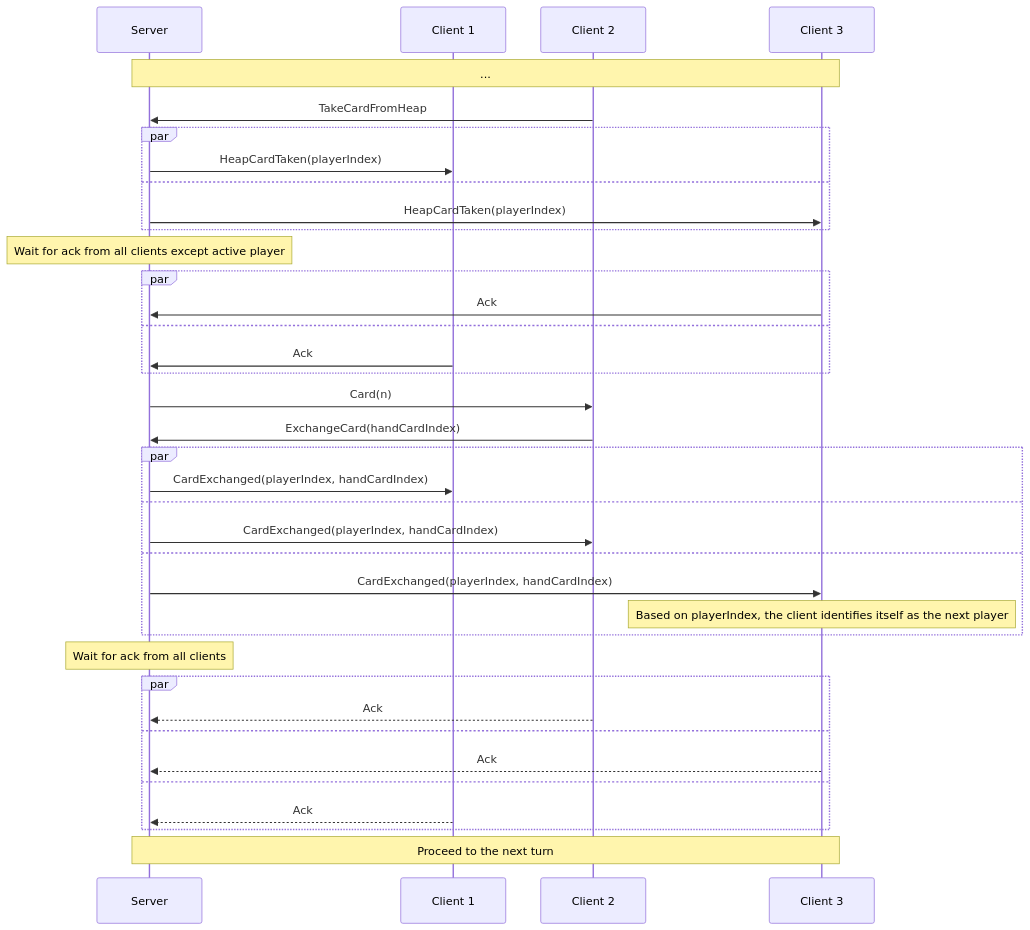
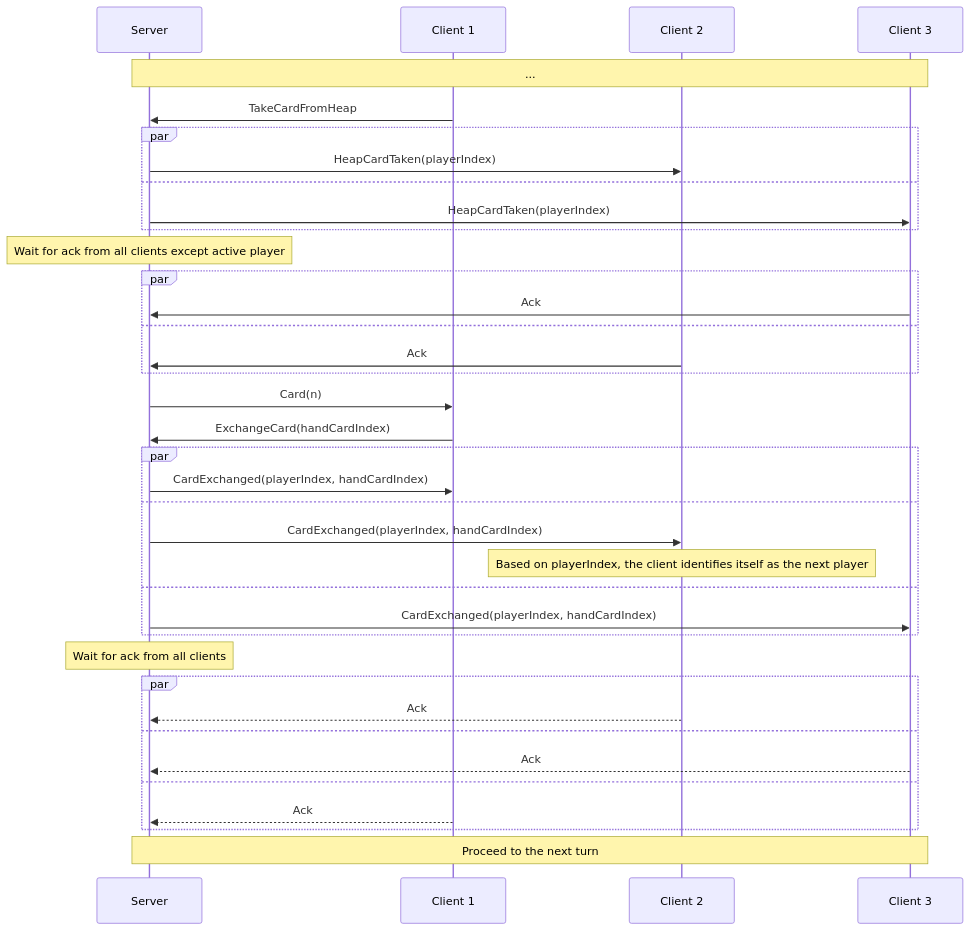
Before and after one commit to roman-zubarevich/another: the second of 2 diagrams in README.md, drawn with Mermaid.

Commit message:
adjust readme

````diff
--- a/README.md
+++ b/README.md
@@ -45,39 +45,39 @@
 ```mermaid
 sequenceDiagram
     participant S as Server
     participant C1 as Client 1
     participant C2 as Client 2
     participant C3 as Client 3
     Note over S,C3: ...
-    C2->>S: TakeCardFromHeap
+    C1->>S: TakeCardFromHeap
     par
-        S->>C1: HeapCardTaken(playerIndex)
+        S->>C2: HeapCardTaken(playerIndex)
     and
         S->>C3: HeapCardTaken(playerIndex)
     end
     Note over S: Wait for ack from all clients except active player
     par
         C3->>S: Ack
     and
-        C1->>S: Ack
+        C2->>S: Ack
     end
-    S->>C2: Card(n)
-    C2->>S: ExchangeCard(handCardIndex)
+    S->>C1: Card(n)
+    C1->>S: ExchangeCard(handCardIndex)
     par
         S->>C1: CardExchanged(playerIndex, handCardIndex)
     and
         S->>C2: CardExchanged(playerIndex, handCardIndex)
+        Note over C2: Based on playerIndex, the client identifies itself as the next player
     and
         S->>C3: CardExchanged(playerIndex, handCardIndex)
-        Note over C3: Based on playerIndex, the client identifies itself as the next player
     end
     Note over S: Wait for ack from all clients
     par
         C2-->>S: Ack
     and
         C3-->>S: Ack
     and
         C1-->>S: Ack
     end
     Note over S,C3: Proceed to the next turn
 ```
````
